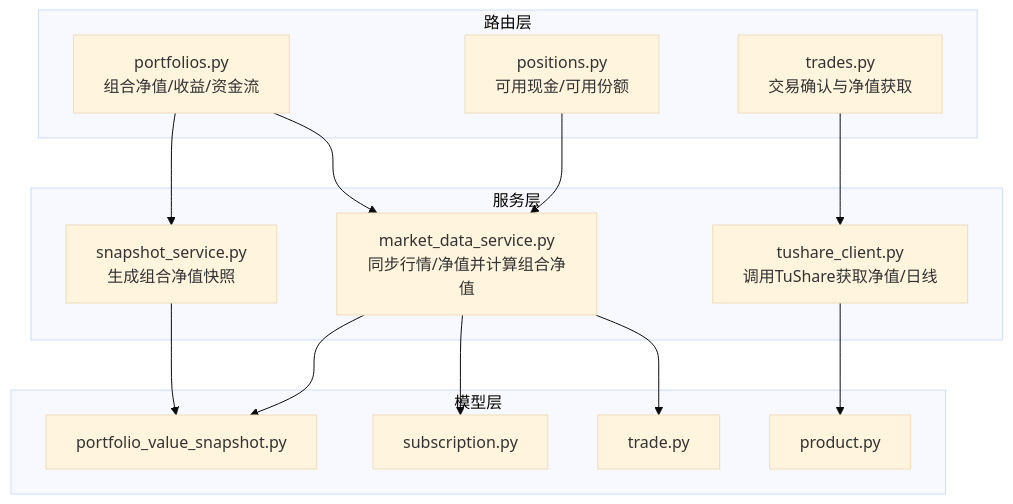
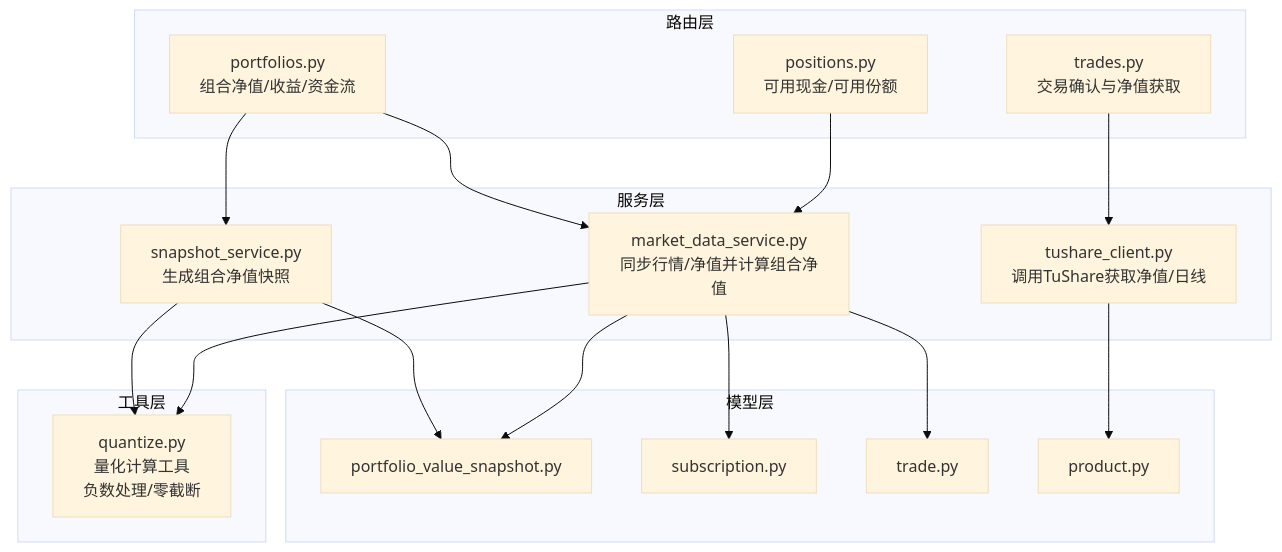
Before and after one commit to gujialind/InvestRing: the first of 9 diagrams in .qoder/repowiki/zh/content/数据库设计/核心计算公式.md, drawn with Mermaid (base theme). The commit also changed other lines of this file and 19 other files, not shown here.

````diff
--- a/.qoder/repowiki/zh/content/数据库设计/核心计算公式.md
+++ b/.qoder/repowiki/zh/content/数据库设计/核心计算公式.md
@@ -49,28 +59,33 @@
 ```mermaid
 graph TB
 subgraph "路由层"
 R1["portfolios.py<br/>组合净值/收益/资金流"]
 R2["positions.py<br/>可用现金/可用份额"]
 R3["trades.py<br/>交易确认与净值获取"]
 end
 subgraph "服务层"
 S1["snapshot_service.py<br/>生成组合净值快照"]
 S2["market_data_service.py<br/>同步行情/净值并计算组合净值"]
 S3["tushare_client.py<br/>调用TuShare获取净值/日线"]
+end
+subgraph "工具层"
+U1["quantize.py<br/>量化计算工具<br/>负数处理/零截断"]
 end
 subgraph "模型层"
 M1["portfolio_value_snapshot.py"]
 M2["subscription.py"]
 M3["trade.py"]
 M4["product.py"]
 end
 R1 --> S1
 R1 --> S2
 R2 --> S2
 R3 --> S3
 S1 --> M1
 S2 --> M1
 S2 --> M2
 S2 --> M3
 S3 --> M4
+S1 --> U1
+S2 --> U1
 ```
````
